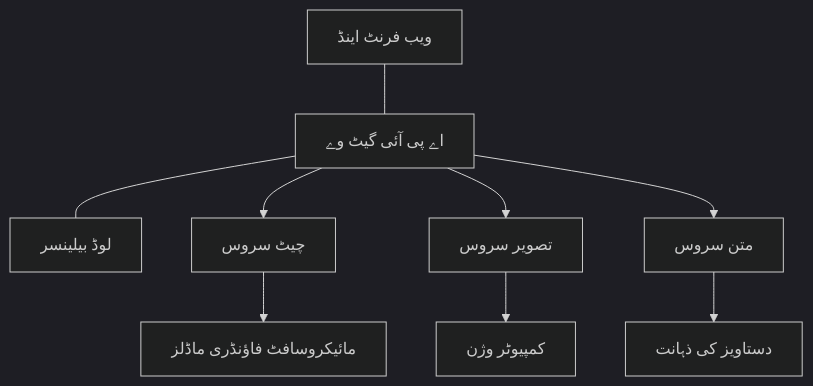
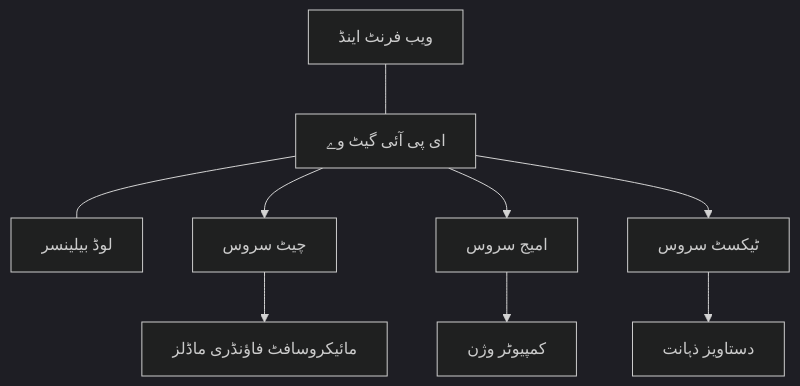
Before and after one commit to microsoft/AZD-for-beginners: the diagram in translations/ur/docs/chapter-08-production/production-ai-practices.md, drawn with Mermaid (dark theme). The commit also changed other lines of this file and 104 other files, not shown here.

````diff
--- a/translations/ur/docs/chapter-08-production/production-ai-practices.md
+++ b/translations/ur/docs/chapter-08-production/production-ai-practices.md
@@ -30,10 +30,10 @@
 ```mermaid
 graph TD
-    Frontend[ویب فرنٹ اینڈ] --- Gateway[اے پی آئی گیٹ وے] --- LB[لوڈ بیلینسر]
+    Frontend[ویب فرنٹ اینڈ] --- Gateway[ای پی آئی گیٹ وے] --- LB[لوڈ بیلینسر]
     Gateway --> Chat[چیٹ سروس]
-    Gateway --> Image[تصویر سروس]
-    Gateway --> Text[متن سروس]
+    Gateway --> Image[امیج سروس]
+    Gateway --> Text[ٹیکسٹ سروس]
     Chat --> OpenAI[مائیکروسافٹ فاؤنڈری ماڈلز]
     Image --> Vision[کمپیوٹر وژن]
-    Text --> DocIntel[دستاویز کی ذہانت]
+    Text --> DocIntel[دستاویز ذہانت]
 ```
````
